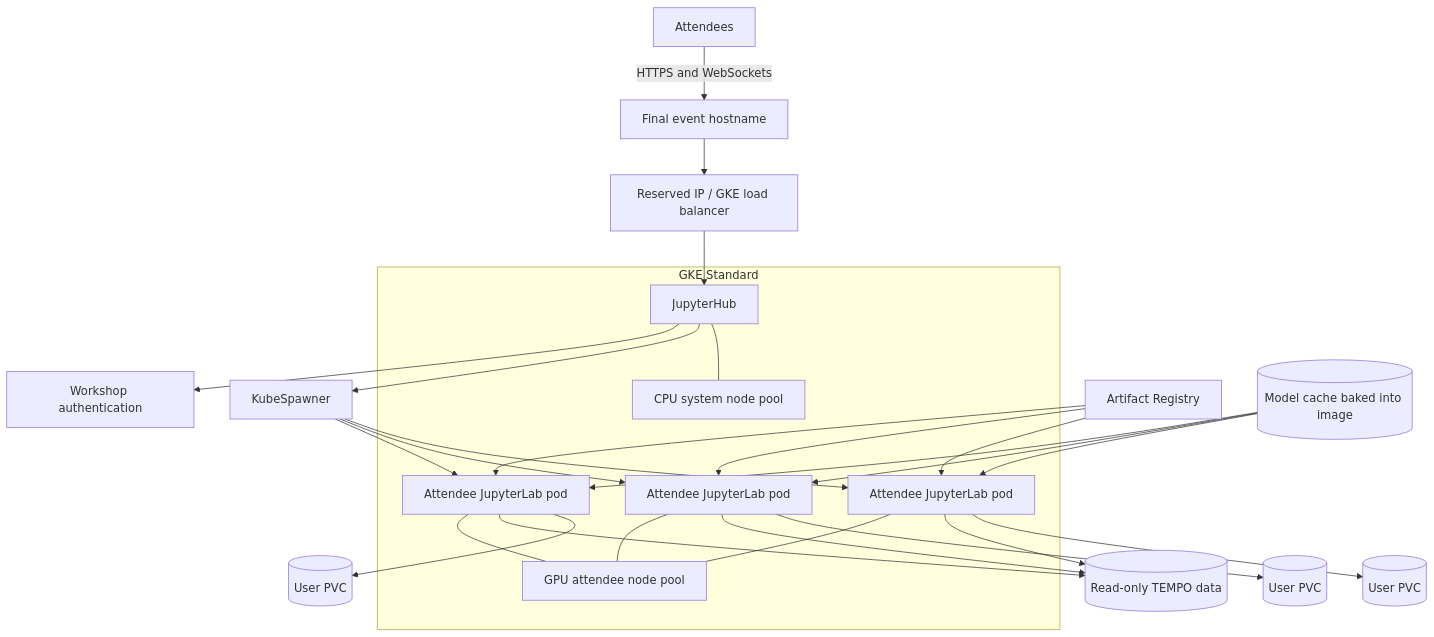
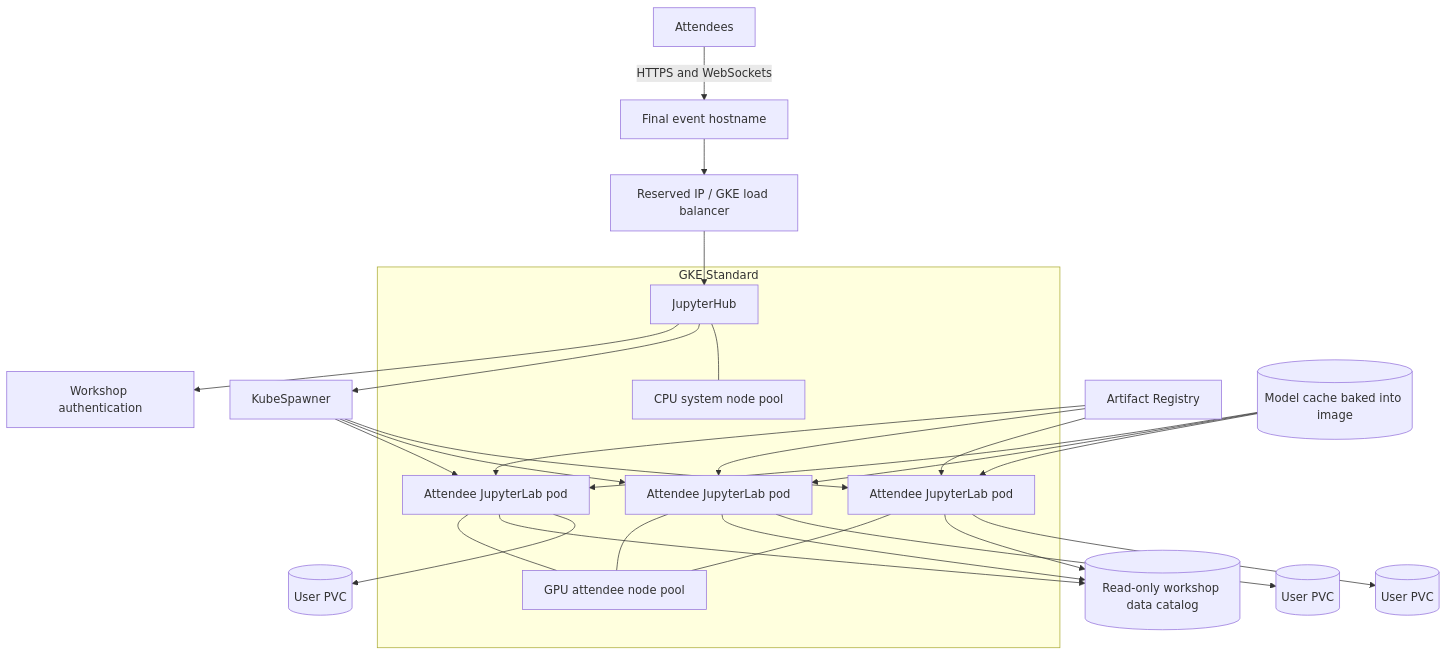
The diagram in tempo_earth2_jupyterhub_gke_design.md (akelbert/tempo-earth2-hackathon), drawn with Mermaid before and after one commit. The commit also changed other lines of this file and 18 other files, not shown here.

Commit message:
build: wire catalog data and qualify Earth2 candidates

````diff
--- a/tempo_earth2_jupyterhub_gke_design.md
+++ b/tempo_earth2_jupyterhub_gke_design.md
@@ -65,40 +100,40 @@
 ```mermaid
 flowchart TB
     U[Attendees] -->|HTTPS and WebSockets| DNS[Final event hostname]
     DNS --> LB[Reserved IP / GKE load balancer]
     LB --> HUB[JupyterHub]
     HUB --> AUTH[Workshop authentication]
     HUB --> SPAWN[KubeSpawner]
 
     subgraph GKE[GKE Standard]
         CPU[CPU system node pool]
         GPU[GPU attendee node pool]
         HUB
         P1[Attendee JupyterLab pod]
         P2[Attendee JupyterLab pod]
         PN[Attendee JupyterLab pod]
     end
 
     HUB --- CPU
     SPAWN --> P1
     SPAWN --> P2
     SPAWN --> PN
     P1 --- GPU
     P2 --- GPU
     PN --- GPU
 
-    P1 --> DATA[(Read-only TEMPO data)]
+    P1 --> DATA[(Read-only workshop data catalog)]
     P2 --> DATA
     PN --> DATA
 
     P1 --> PVC1[(User PVC)]
     P2 --> PVC2[(User PVC)]
     PN --> PVCN[(User PVC)]
 
     AR[Artifact Registry] --> P1
     AR --> P2
     AR --> PN
     CACHE[(Model cache baked into image)] --> P1
     CACHE --> P2
     CACHE --> PN
 ```
````
